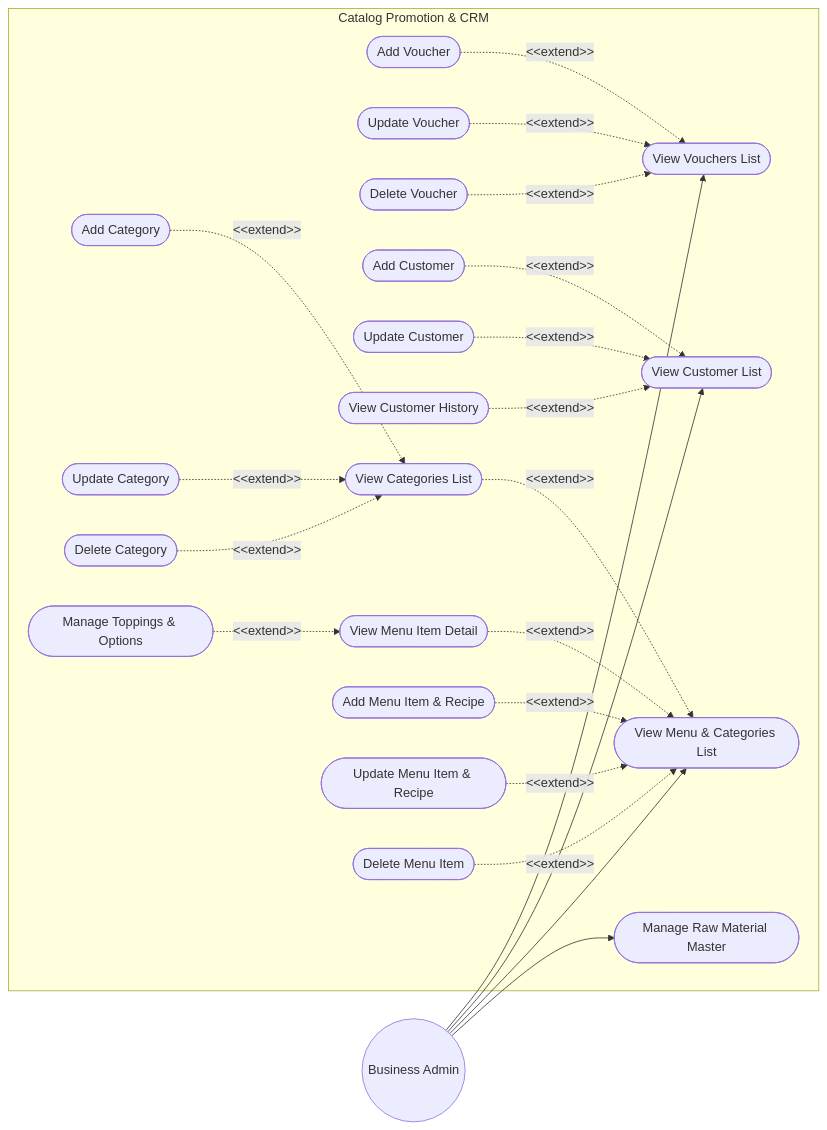
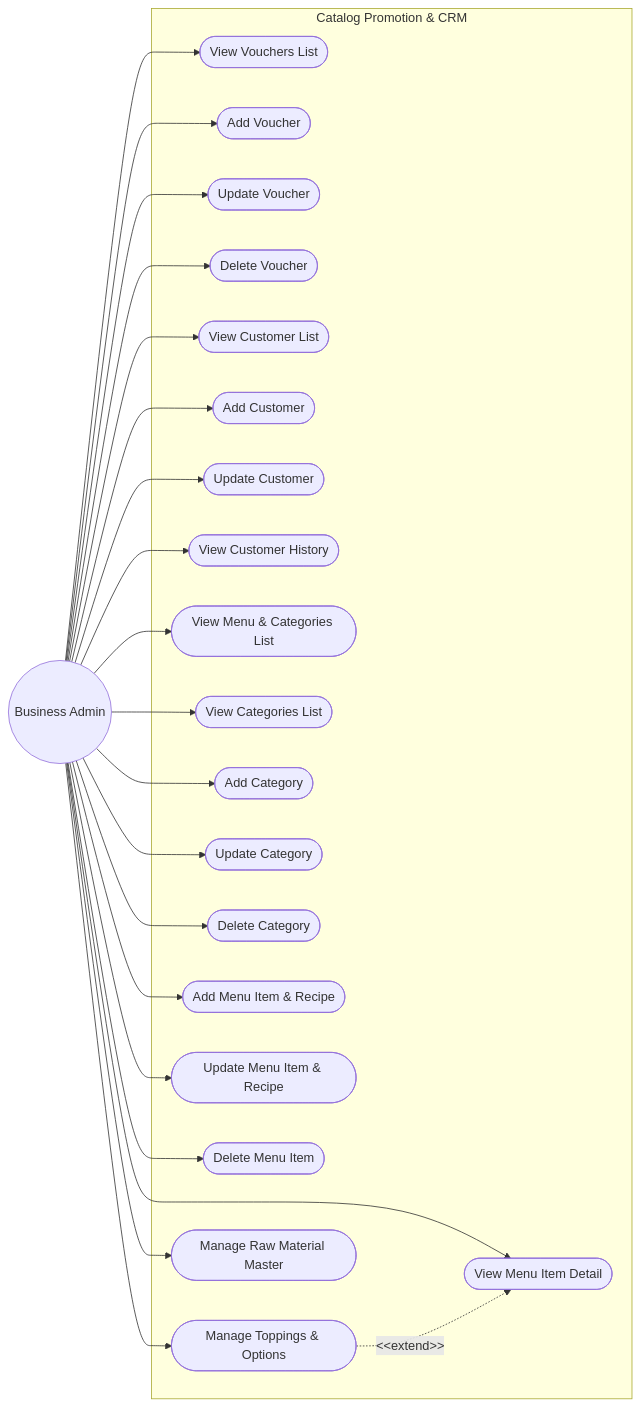
One commit to Shaichi/Khoga_coffe_shop changed the fourth of 8 diagrams in sections/02_user_requirements.md. Above: the diagram before and after it, drawn with Mermaid. The commit also changed other lines of this file and 10 other files, not shown here.

````diff
--- a/sections/02_user_requirements.md
+++ b/sections/02_user_requirements.md
@@ -114,58 +126,57 @@
 ```mermaid
 graph LR
     %% Actors
     Actor_BizAdmin((Business Admin))
 
     %% Use Cases
     subgraph Catalog Promotion & CRM
         UC_ListVouchers([View Vouchers List])
         UC_AddVoucher([Add Voucher])
         UC_UpdateVoucher([Update Voucher])
         UC_DeleteVoucher([Delete Voucher])
 
         UC_ListCustomers([View Customer List])
         UC_AddCustomer([Add Customer])
         UC_UpdateCustomer([Update Customer])
         UC_ViewCustHistory([View Customer History])
 
         UC_ListMenu([View Menu & Categories List])
         UC_ViewMenuDetail([View Menu Item Detail])
         UC_ListCategories([View Categories List])
         UC_AddCat([Add Category])
         UC_UpdateCat([Update Category])
         UC_DeleteCat([Delete Category])
         UC_AddMenu([Add Menu Item & Recipe])
         UC_UpdateMenu([Update Menu Item & Recipe])
         UC_DeleteMenu([Delete Menu Item])
         UC_ManageToppings([Manage Toppings & Options])
 
         UC_ManageMaterials([Manage Raw Material Master])
     end
 
     %% Business Admin Links
     Actor_BizAdmin --> UC_ListVouchers
+    Actor_BizAdmin --> UC_AddVoucher
+    Actor_BizAdmin --> UC_UpdateVoucher
+    Actor_BizAdmin --> UC_DeleteVoucher
+
     Actor_BizAdmin --> UC_ListCustomers
+    Actor_BizAdmin --> UC_AddCustomer
+    Actor_BizAdmin --> UC_UpdateCustomer
+    Actor_BizAdmin --> UC_ViewCustHistory
+
     Actor_BizAdmin --> UC_ListMenu
+    Actor_BizAdmin --> UC_ViewMenuDetail
+    Actor_BizAdmin --> UC_ListCategories
+    Actor_BizAdmin --> UC_AddCat
+    Actor_BizAdmin --> UC_UpdateCat
+    Actor_BizAdmin --> UC_DeleteCat
+    Actor_BizAdmin --> UC_AddMenu
+    Actor_BizAdmin --> UC_UpdateMenu
+    Actor_BizAdmin --> UC_DeleteMenu
+    Actor_BizAdmin --> UC_ManageToppings
     Actor_BizAdmin --> UC_ManageMaterials
 
-    %% Voucher extends
-    UC_AddVoucher -.-> |"&lt;&lt;extend&gt;&gt;"| UC_ListVouchers
-    UC_UpdateVoucher -.-> |"&lt;&lt;extend&gt;&gt;"| UC_ListVouchers
-    UC_DeleteVoucher -.-> |"&lt;&lt;extend&gt;&gt;"| UC_ListVouchers
-
-    %% Customer extends
-    UC_AddCustomer -.-> |"&lt;&lt;extend&gt;&gt;"| UC_ListCustomers
-    UC_UpdateCustomer -.-> |"&lt;&lt;extend&gt;&gt;"| UC_ListCustomers
-    UC_ViewCustHistory -.-> |"&lt;&lt;extend&gt;&gt;"| UC_ListCustomers
-
-    %% Menu/Category extends
-    UC_ViewMenuDetail -.-> |"&lt;&lt;extend&gt;&gt;"| UC_ListMenu
-    UC_ListCategories -.-> |"&lt;&lt;extend&gt;&gt;"| UC_ListMenu
-    UC_AddCat -.-> |"&lt;&lt;extend&gt;&gt;"| UC_ListCategories
-    UC_UpdateCat -.-> |"&lt;&lt;extend&gt;&gt;"| UC_ListCategories
-    UC_DeleteCat -.-> |"&lt;&lt;extend&gt;&gt;"| UC_ListCategories
-    UC_AddMenu -.-> |"&lt;&lt;extend&gt;&gt;"| UC_ListMenu
-    UC_UpdateMenu -.-> |"&lt;&lt;extend&gt;&gt;"| UC_ListMenu
-    UC_DeleteMenu -.-> |"&lt;&lt;extend&gt;&gt;"| UC_ListMenu
+    %% Sub-menu detail relationships
     UC_ManageToppings -.-> |"&lt;&lt;extend&gt;&gt;"| UC_ViewMenuDetail
 ```
````
